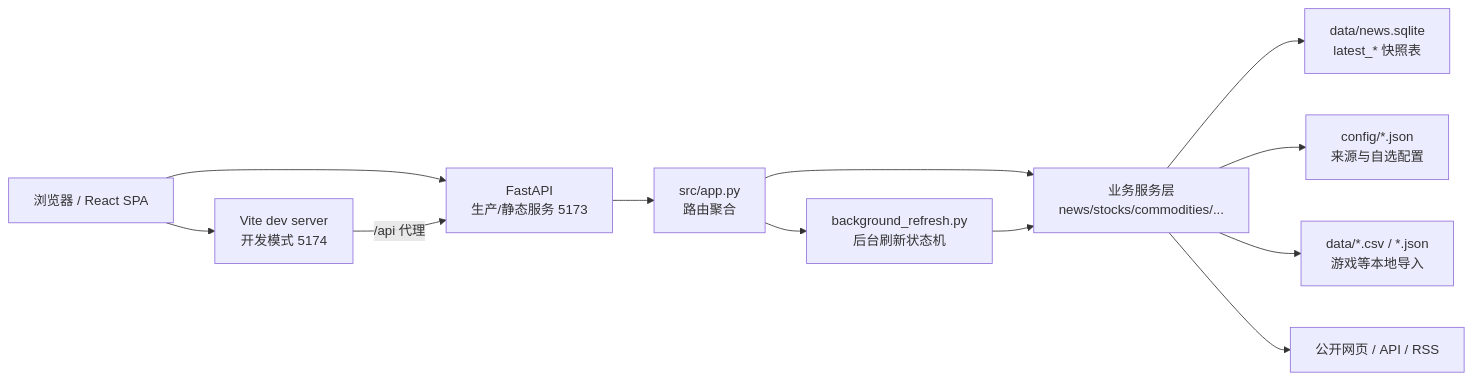
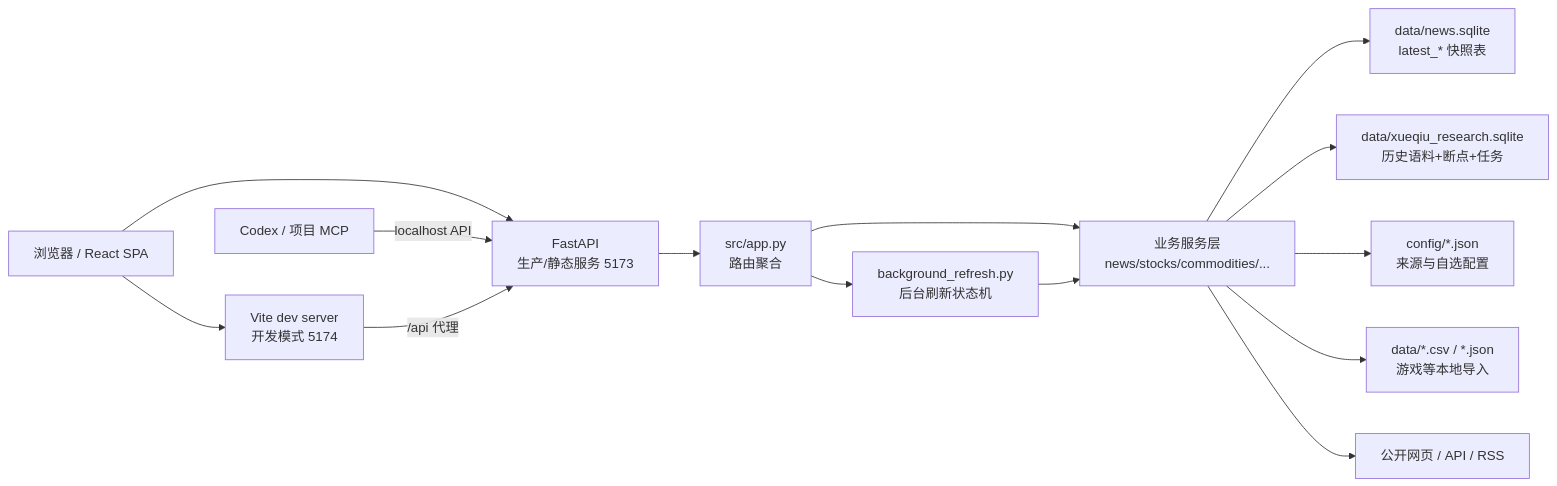
The diagram in news-digest-web/README.md (rootlulu/investor-cat), drawn with Mermaid before and after one commit. The commit also changed other lines of this file and 15 other files, not shown here.

Commit message:
T1-T5: add Xueqiu research corpus and MCP (V1-V25)

````diff
--- a/news-digest-web/README.md
+++ b/news-digest-web/README.md
@@ -32,14 +33,16 @@
 ```mermaid
 flowchart LR
   Browser["浏览器 / React SPA"] --> Vite["Vite dev server<br/>开发模式 5174"]
   Browser --> FastAPI["FastAPI<br/>生产/静态服务 5173"]
+  Codex["Codex / 项目 MCP"] -->|localhost API| FastAPI
   Vite -->|/api 代理| FastAPI
   FastAPI --> AppRoutes["src/app.py<br/>路由聚合"]
   AppRoutes --> Refresh["background_refresh.py<br/>后台刷新状态机"]
   AppRoutes --> Services["业务服务层<br/>news/stocks/commodities/..."]
   Refresh --> Services
   Services --> SQLite["data/news.sqlite<br/>latest_* 快照表"]
+  Services --> ResearchDB["data/xueqiu_research.sqlite<br/>历史语料+断点+任务"]
   Services --> Config["config/*.json<br/>来源与自选配置"]
   Services --> Imports["data/*.csv / *.json<br/>游戏等本地导入"]
   Services --> External["公开网页 / API / RSS"]
 ```
````
